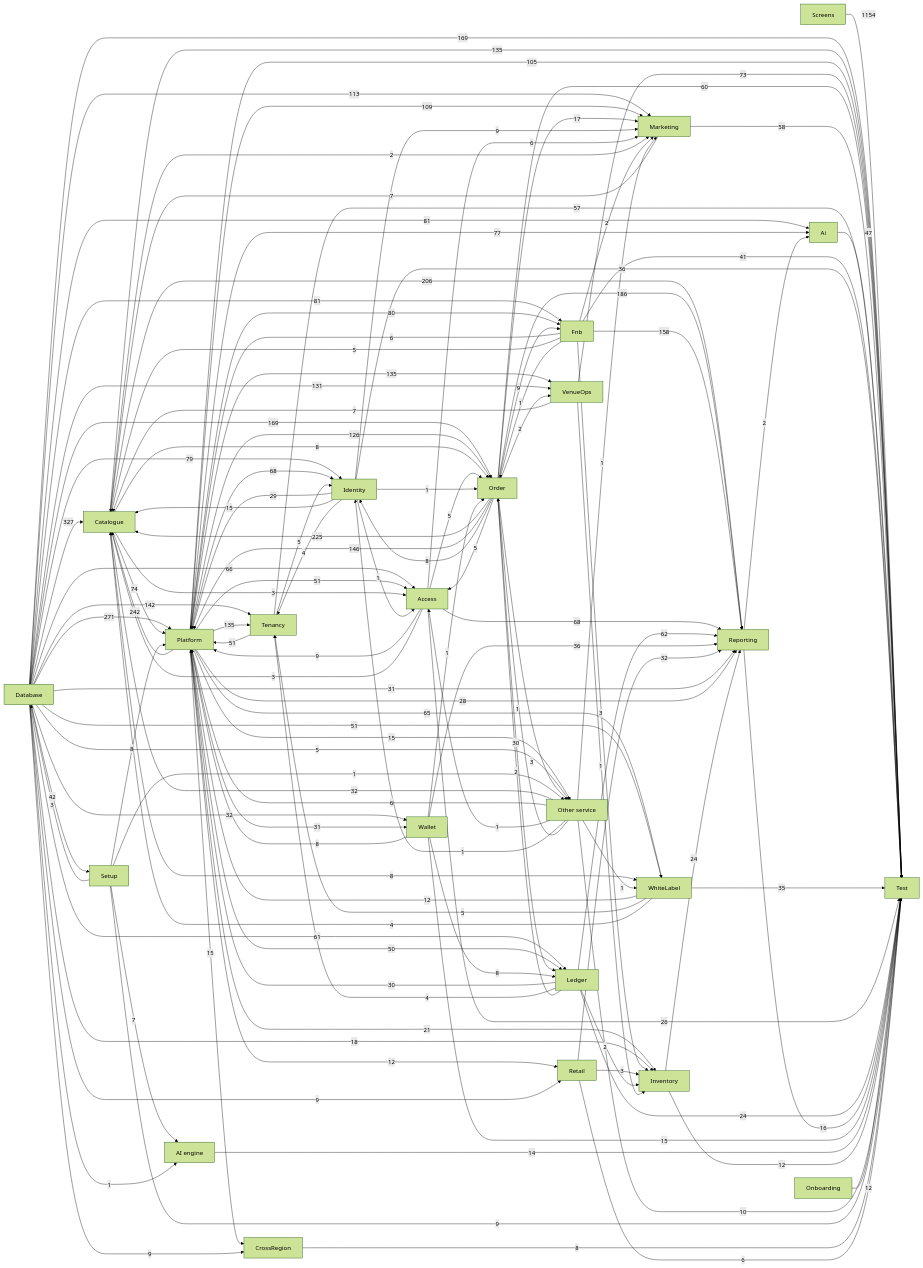
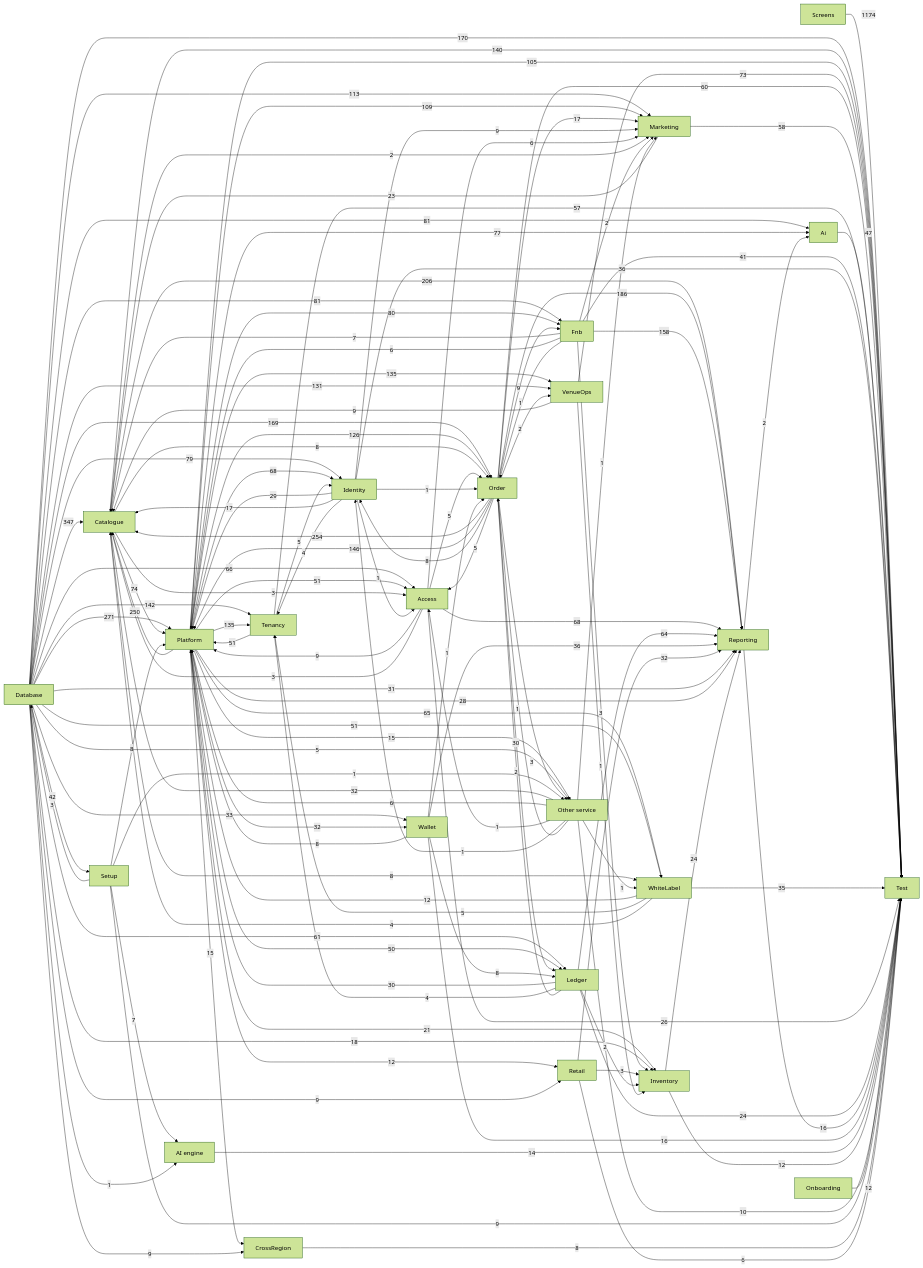
Before and after one commit to Diretide298/Solution_Architecture: the diagram in ticvai/repos/ticvai-ai/project-bible/handoff/service-docs/TICKET-LINKS.md, drawn with Mermaid (forest theme). The commit also changed other lines of this file and 1468 other files, not shown here.

````diff
--- a/ticvai/repos/ticvai-ai/project-bible/handoff/service-docs/TICKET-LINKS.md
+++ b/ticvai/repos/ticvai-ai/project-bible/handoff/service-docs/TICKET-LINKS.md
@@ -26,18 +26,18 @@
 ```mermaid
 flowchart LR
-  Screens["Screens"] -->|1154| Test["Test"]
-  Database["Database"] -->|327| Catalogue["Catalogue"]
+  Screens["Screens"] -->|1174| Test["Test"]
+  Database["Database"] -->|347| Catalogue["Catalogue"]
   Database["Database"] -->|271| Platform["Platform"]
-  Platform["Platform"] -->|242| Catalogue["Catalogue"]
-  Order["Order"] -->|225| Catalogue["Catalogue"]
+  Order["Order"] -->|254| Catalogue["Catalogue"]
+  Platform["Platform"] -->|250| Catalogue["Catalogue"]
   Catalogue["Catalogue"] -->|206| Reporting["Reporting"]
   Order["Order"] -->|186| Reporting["Reporting"]
+  Database["Database"] -->|170| Test["Test"]
   Database["Database"] -->|169| Order["Order"]
-  Database["Database"] -->|169| Test["Test"]
   Fnb["Fnb"] -->|158| Reporting["Reporting"]
   Order["Order"] -->|146| Platform["Platform"]
   Database["Database"] -->|142| Tenancy["Tenancy"]
-  Catalogue["Catalogue"] -->|135| Test["Test"]
+  Catalogue["Catalogue"] -->|140| Test["Test"]
   Platform["Platform"] -->|135| Tenancy["Tenancy"]
   Platform["Platform"] -->|135| VenueOps["VenueOps"]
   Database["Database"] -->|131| VenueOps["VenueOps"]
@@ -56,7 +56,7 @@
   Platform["Platform"] -->|68| Identity["Identity"]
   Database["Database"] -->|66| Access["Access"]
   Platform["Platform"] -->|65| WhiteLabel["WhiteLabel"]
-  Ledger["Ledger"] -->|62| Reporting["Reporting"]
+  Ledger["Ledger"] -->|64| Reporting["Reporting"]
   Database["Database"] -->|61| Ledger["Ledger"]
   Order["Order"] -->|60| Test["Test"]
   Marketing["Marketing"] -->|58| Test["Test"]
@@ -71,11 +71,11 @@
   Identity["Identity"] -->|36| Test["Test"]
   Wallet["Wallet"] -->|36| Reporting["Reporting"]
   WhiteLabel["WhiteLabel"] -->|35| Test["Test"]
-  Database["Database"] -->|32| Wallet["Wallet"]
+  Database["Database"] -->|33| Wallet["Wallet"]
   Other_service["Other service"] -->|32| Catalogue["Catalogue"]
+  Platform["Platform"] -->|32| Wallet["Wallet"]
   Retail["Retail"] -->|32| Reporting["Reporting"]
   Database["Database"] -->|31| Reporting["Reporting"]
-  Platform["Platform"] -->|31| Wallet["Wallet"]
   Ledger["Ledger"] -->|30| Platform["Platform"]
   Order["Order"] -->|30| Ledger["Ledger"]
   Identity["Identity"] -->|29| Platform["Platform"]
@@ -83,14 +83,15 @@
   Access["Access"] -->|26| Test["Test"]
   Inventory["Inventory"] -->|24| Reporting["Reporting"]
   Ledger["Ledger"] -->|24| Test["Test"]
+  Marketing["Marketing"] -->|23| Catalogue["Catalogue"]
   Platform["Platform"] -->|21| Inventory["Inventory"]
   Database["Database"] -->|18| Inventory["Inventory"]
+  Identity["Identity"] -->|17| Catalogue["Catalogue"]
   Order["Order"] -->|17| Marketing["Marketing"]
   Reporting["Reporting"] -->|16| Test["Test"]
-  Identity["Identity"] -->|15| Catalogue["Catalogue"]
+  Wallet["Wallet"] -->|16| Test["Test"]
   Platform["Platform"] -->|15| CrossRegion["CrossRegion"]
   Platform["Platform"] -->|15| Other_service["Other service"]
-  Wallet["Wallet"] -->|15| Test["Test"]
   AI_engine["AI engine"] -->|14| Test["Test"]
   Inventory["Inventory"] -->|12| Test["Test"]
   Onboarding["Onboarding"] -->|12| Test["Test"]
@@ -103,6 +104,7 @@
   Identity["Identity"] -->|9| Marketing["Marketing"]
   Order["Order"] -->|9| Fnb["Fnb"]
   Setup["Setup"] -->|9| Test["Test"]
+  VenueOps["VenueOps"] -->|9| Catalogue["Catalogue"]
   Catalogue["Catalogue"] -->|8| Order["Order"]
   Catalogue["Catalogue"] -->|8| WhiteLabel["WhiteLabel"]
   CrossRegion["CrossRegion"] -->|8| Test["Test"]
@@ -110,16 +112,14 @@
   Setup["Setup"] -->|8| Platform["Platform"]
   Wallet["Wallet"] -->|8| Ledger["Ledger"]
   Wallet["Wallet"] -->|8| Platform["Platform"]
-  Marketing["Marketing"] -->|7| Catalogue["Catalogue"]
+  Fnb["Fnb"] -->|7| Catalogue["Catalogue"]
   Setup["Setup"] -->|7| AI_engine["AI engine"]
-  VenueOps["VenueOps"] -->|7| Catalogue["Catalogue"]
   Access["Access"] -->|6| Marketing["Marketing"]
   Fnb["Fnb"] -->|6| Platform["Platform"]
   Other_service["Other service"] -->|6| Platform["Platform"]
   Retail["Retail"] -->|6| Test["Test"]
   Access["Access"] -->|5| Order["Order"]
   Database["Database"] -->|5| Other_service["Other service"]
-  Fnb["Fnb"] -->|5| Catalogue["Catalogue"]
   Order["Order"] -->|5| Access["Access"]
   Tenancy["Tenancy"] -->|5| Identity["Identity"]
   WhiteLabel["WhiteLabel"] -->|5| Tenancy["Tenancy"]
````
